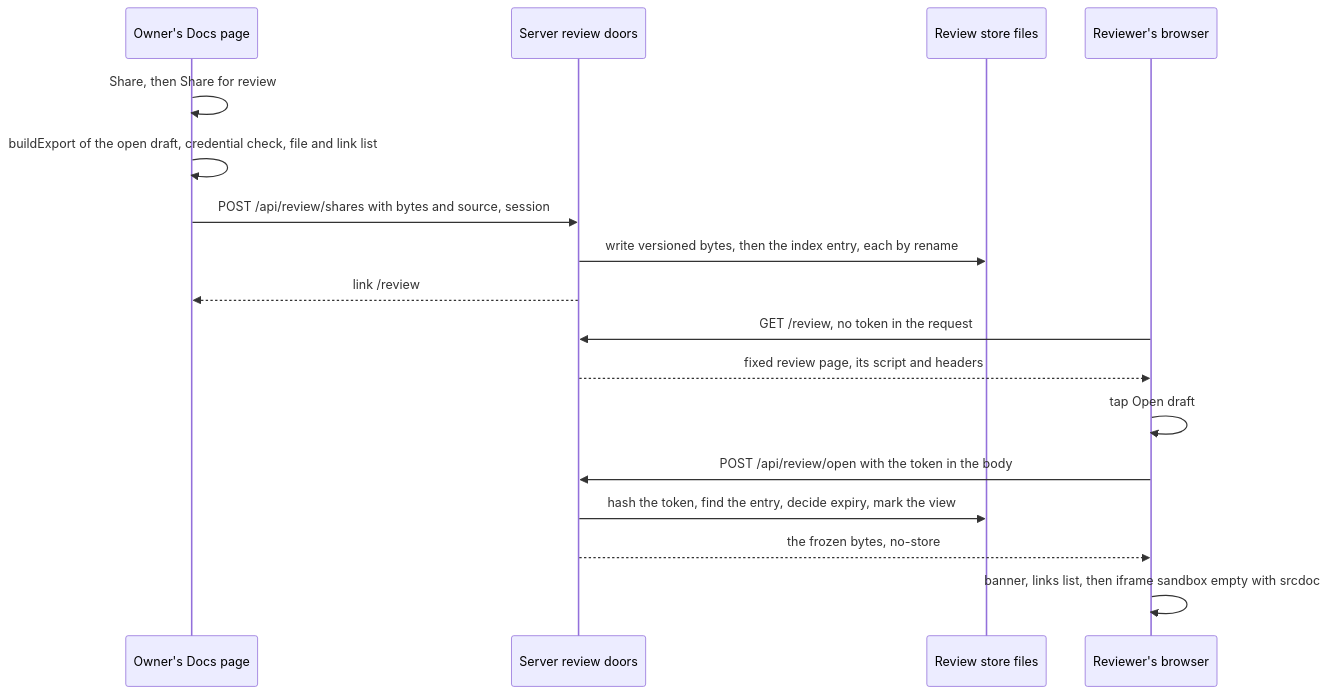
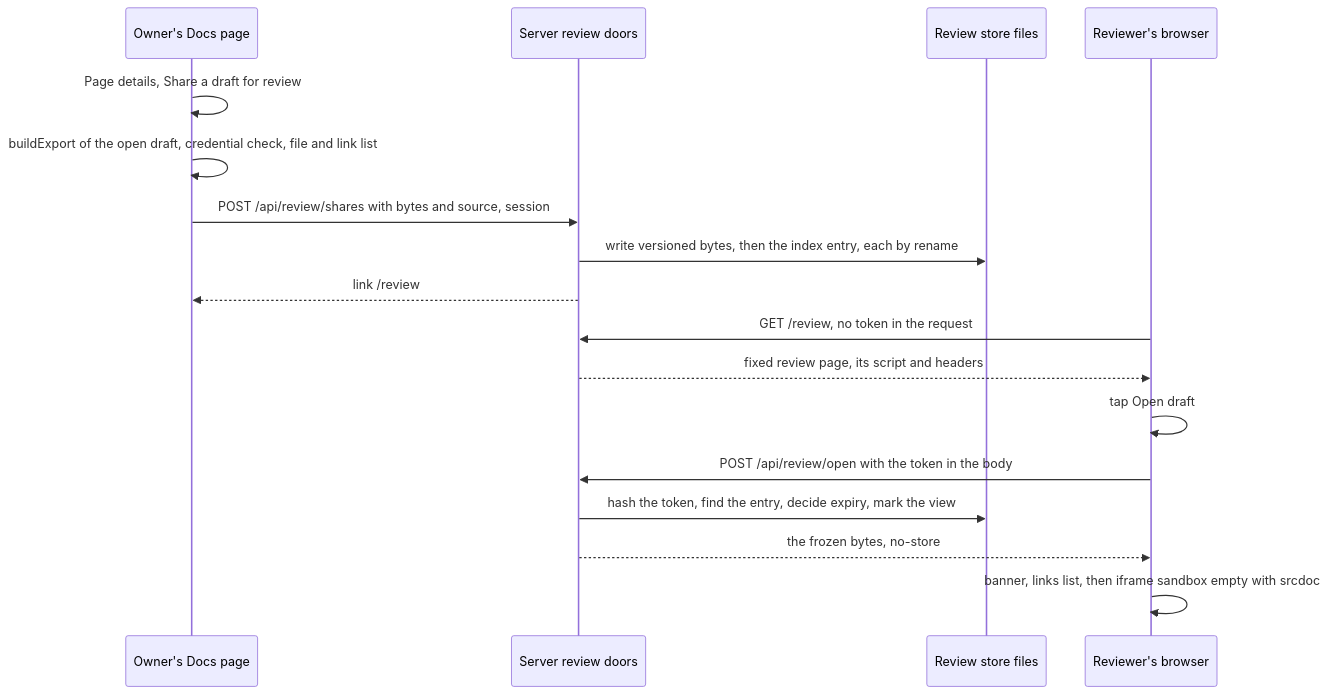
The first of 2 diagrams in docs/superpowers/specs/2026-11-18-native-docs-draft-review-design.md (Synapsium-Labs/ccrc-pwa), drawn with Mermaid before and after one commit. The commit also changed other lines of this file and 1 other file, not shown here.

First line of the commit message:
docs(docs): draft review is its own action; define D-8765 to D-8767 (review F14)

````diff
--- a/docs/superpowers/specs/2026-11-18-native-docs-draft-review-design.md
+++ b/docs/superpowers/specs/2026-11-18-native-docs-draft-review-design.md
@@ -97,19 +97,19 @@
 ```mermaid
 sequenceDiagram
   participant O as Owner's Docs page
   participant S as Server review doors
   participant F as Review store files
   participant R as Reviewer's browser
-  O->>O: Share, then Share for review
+  O->>O: Page details, Share a draft for review
   O->>O: buildExport of the open draft, credential check, file and link list
   O->>S: POST /api/review/shares with bytes and source, session
   S->>F: write versioned bytes, then the index entry, each by rename
   S-->>O: link /review#token, copyable from the owner's list
   R->>S: GET /review, no token in the request
   S-->>R: fixed review page, its script and headers
   R->>R: tap Open draft
   R->>S: POST /api/review/open with the token in the body
   S->>F: hash the token, find the entry, decide expiry, mark the view
   S-->>R: the frozen bytes, no-store
   R->>R: banner, links list, then iframe sandbox empty with srcdoc
 ```
````
